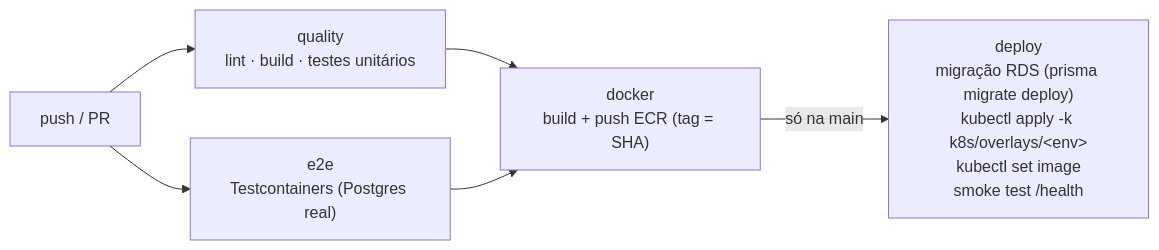
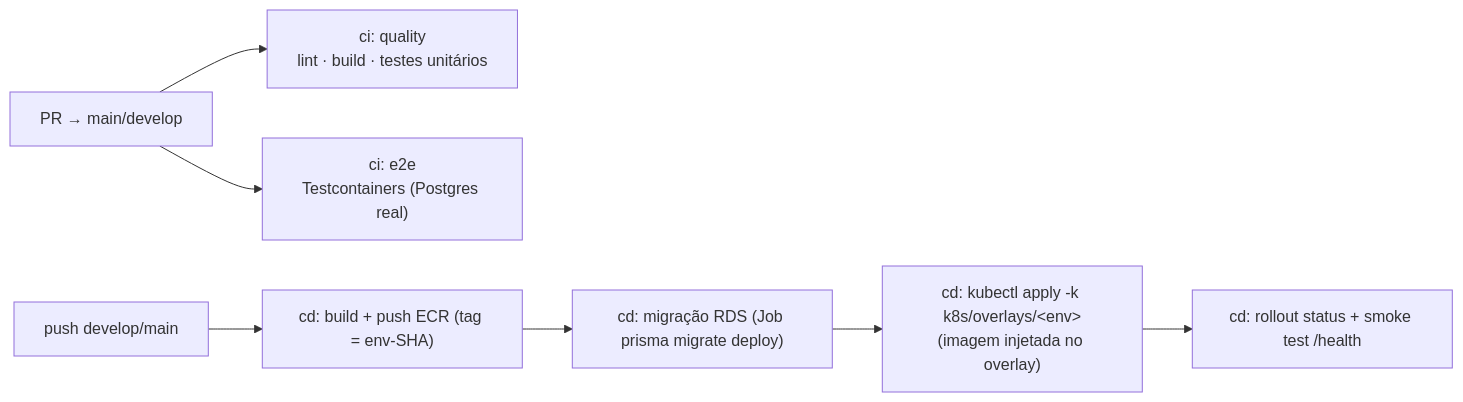
Before and after one commit to FIAP-POS-TECH-SOFTWARE-ARCHITECTURE/tc-oficina-app: the third of 3 diagrams in README.md, drawn with Mermaid. The commit also changed other lines of this file and 2 other files, not shown here.

Commit message:
docs: corrige referencias de rotas, ci/cd e infra

````diff
--- a/README.md
+++ b/README.md
@@ -98,8 +98,9 @@
 ```mermaid
 flowchart LR
-    PUSH["push / PR"] --> Q["quality<br/>lint · build · testes unitários"]
-    PUSH --> E2E["e2e<br/>Testcontainers (Postgres real)"]
-    Q --> DOCKER["docker<br/>build + push ECR (tag = SHA)"]
-    E2E --> DOCKER
-    DOCKER -->|"só na main"| DEPLOY["deploy<br/>migração RDS (prisma migrate deploy)<br/>kubectl apply -k k8s/overlays/&lt;env&gt;<br/>kubectl set image<br/>smoke test /health"]
+    PR["PR → main/develop"] --> Q["ci: quality<br/>lint · build · testes unitários"]
+    PR --> E2E["ci: e2e<br/>Testcontainers (Postgres real)"]
+    MERGE["push develop/main"] --> DOCKER["cd: build + push ECR (tag = env-SHA)"]
+    DOCKER --> MIG["cd: migração RDS (Job prisma migrate deploy)"]
+    MIG --> APPLY["cd: kubectl apply -k k8s/overlays/&lt;env&gt;<br/>(imagem injetada no overlay)"]
+    APPLY --> SMOKE["cd: rollout status + smoke test /health"]
 ```
````
